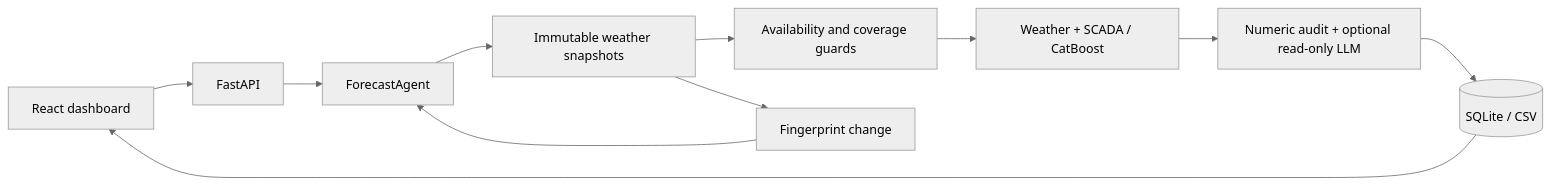
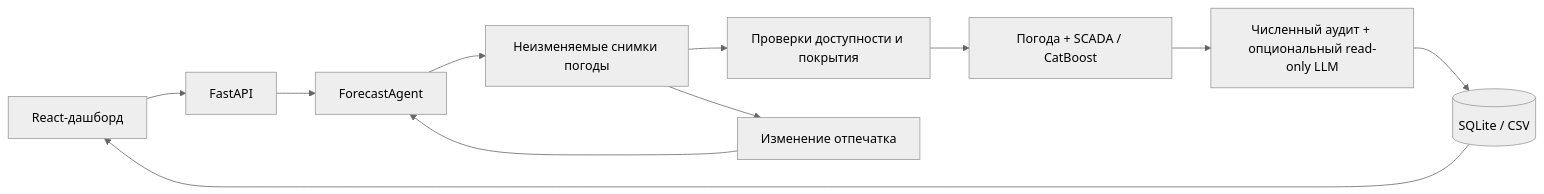
Before and after one commit to BAITC-Hacks/hack-9c72e88a-low-prior-it: the diagram in README.md, drawn with Mermaid (neutral theme). The commit also changed other lines of this file, not shown here.

````diff
--- a/README.md
+++ b/README.md
@@ -74,13 +74,13 @@
 ```mermaid
 flowchart LR
-  UI[React dashboard] --> API[FastAPI]
+  UI[React-дашборд] --> API[FastAPI]
   API --> Agent[ForecastAgent]
-  Agent --> Weather[Immutable weather snapshots]
-  Weather --> Guards[Availability and coverage guards]
-  Guards --> ML[Weather + SCADA / CatBoost]
-  ML --> Audit[Numeric audit + optional read-only LLM]
+  Agent --> Weather[Неизменяемые снимки погоды]
+  Weather --> Guards[Проверки доступности и покрытия]
+  Guards --> ML[Погода + SCADA / CatBoost]
+  ML --> Audit[Численный аудит + опциональный read-only LLM]
   Audit --> DB[(SQLite / CSV)]
   DB --> UI
-  Weather --> Refresh[Fingerprint change]
+  Weather --> Refresh[Изменение отпечатка]
   Refresh --> Agent
 ```
````
